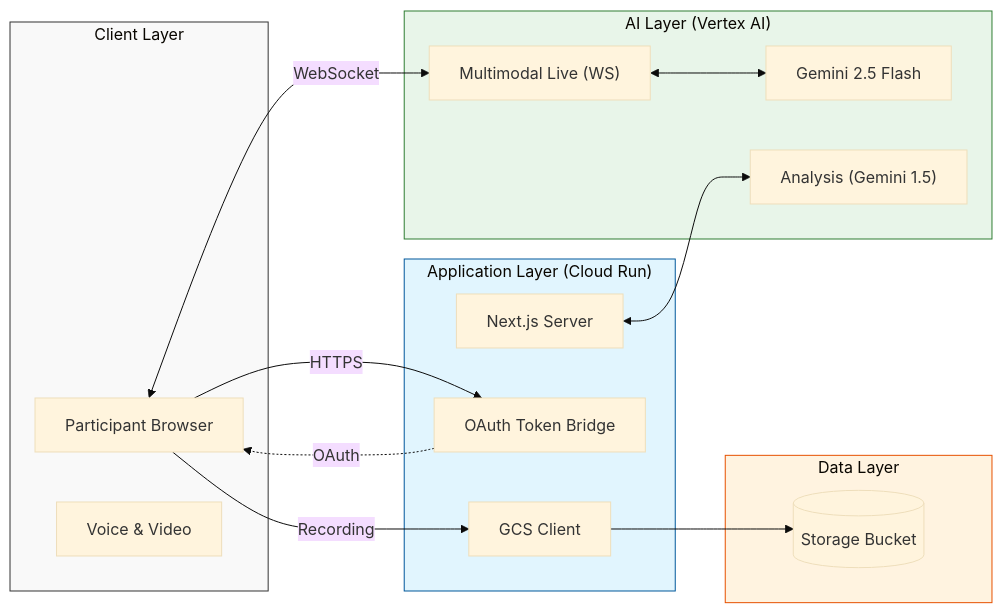
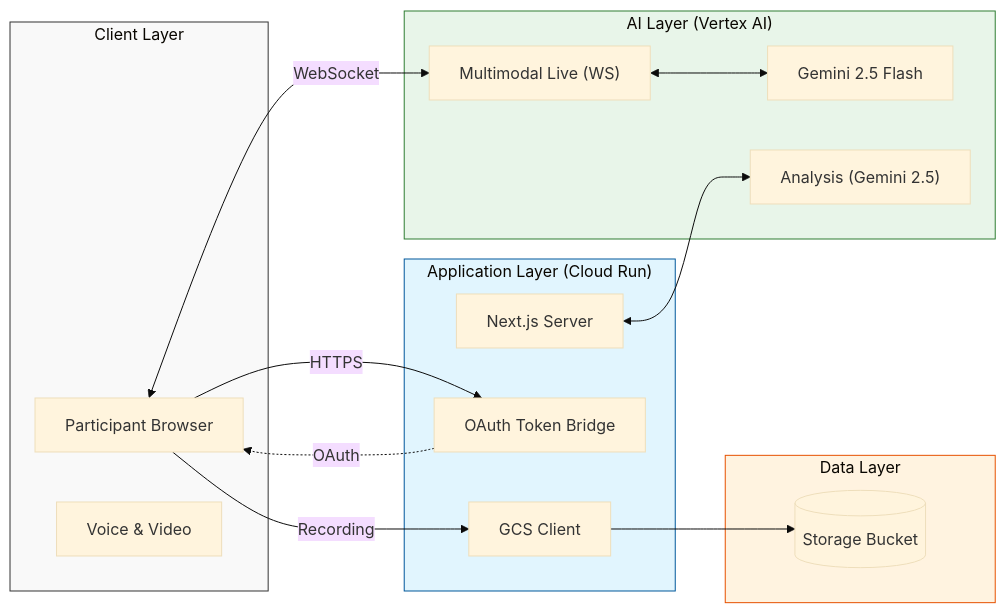
One commit to v7h-lab/Fieldwork changed the diagram in README.md. Above: the diagram before and after it, drawn with Mermaid (base theme).

Commit message:
docs: update gemini model versions to 2.5 and clarify multimodal live api

````diff
--- a/README.md
+++ b/README.md
@@ -17,46 +17,46 @@
 ```mermaid
 graph LR
     subgraph Client ["Client Layer"]
         User["Participant Browser"]
         Voice["Voice & Video"]
     end
 
     subgraph App ["Application Layer (Cloud Run)"]
         NextJS["Next.js Server"]
         TokenAuth["OAuth Token Bridge"]
         Storage["GCS Client"]
     end
 
     subgraph AI ["AI Layer (Vertex AI)"]
         LiveAPI["Multimodal Live (WS)"]
         GeminiLive["Gemini 2.5 Flash"]
-        Flash15["Analysis (Gemini 1.5)"]
+        Flash25["Analysis (Gemini 2.5)"]
     end
 
     subgraph Data ["Data Layer"]
         GCS[("Storage Bucket")]
     end
 
     %% Interactions
     User <-->|WebSocket| LiveAPI
     LiveAPI <--> GeminiLive
     
     User -- HTTPS --> TokenAuth
     TokenAuth -.->|OAuth| User
     
     User -- Recording --> Storage
     Storage --> GCS
     
-    NextJS <--> Flash15
+    NextJS <--> Flash25
 
     %% Styling
     classDef client fill:#f9f9f9,stroke:#333;
     classDef app fill:#e1f5fe,stroke:#01579b;
     classDef ai fill:#e8f5e9,stroke:#2e7d32;
     classDef data fill:#fff3e0,stroke:#e65100;
     
     class Client client;
     class App app;
     class AI ai;
     class Data data;
 ```
````
